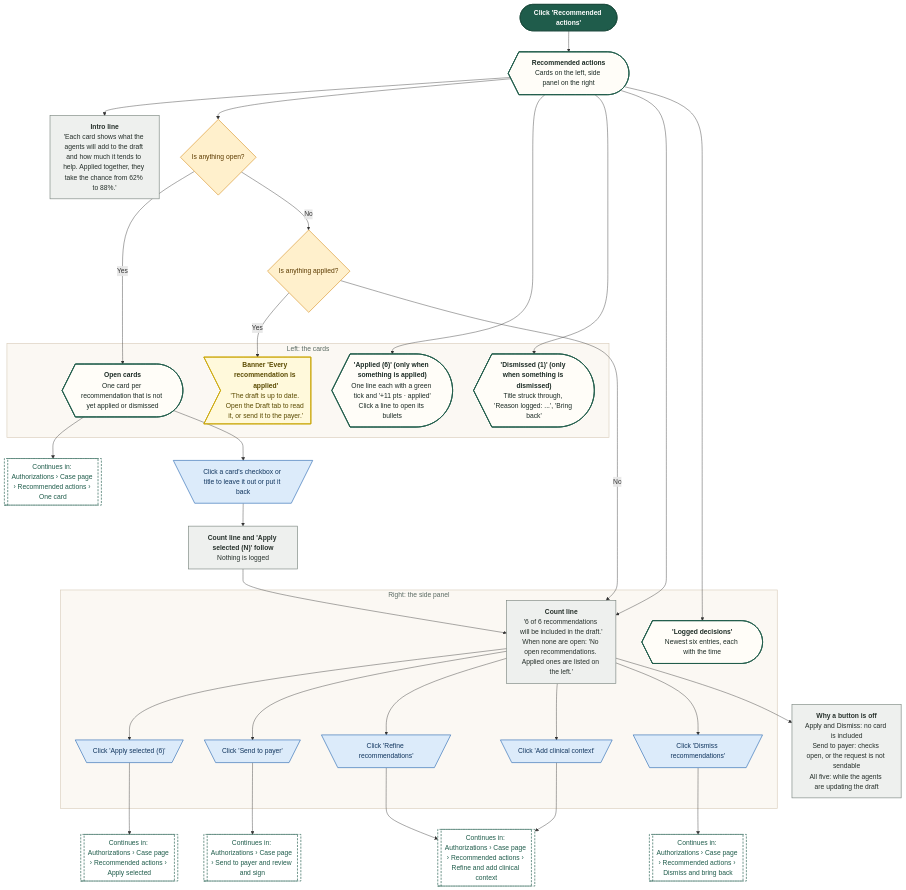
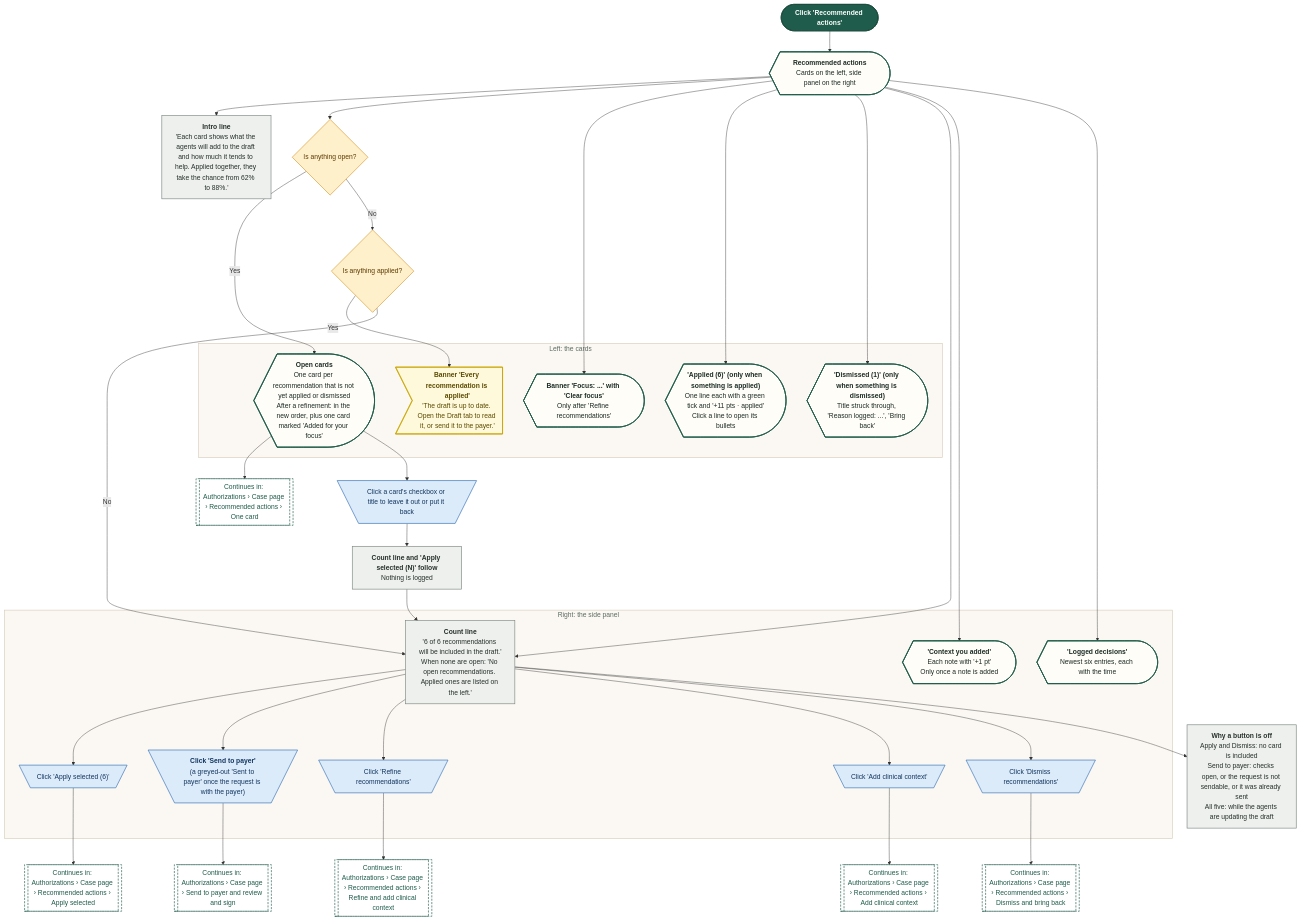
Before and after one commit to Shrav143/psyfloapp: diagram 11 of 26 in demos/prior-auth-demo/workflows/out/md/03-authorizations.md, drawn with Mermaid. The commit also changed other lines of this file and 195 other files, not shown here.

First line of the commit message:
docs: Rebuild workflow diagrams after the demo fixes (220 diagrams)

````diff
--- a/demos/prior-auth-demo/workflows/out/md/03-authorizations.md
+++ b/demos/prior-auth-demo/workflows/out/md/03-authorizations.md
@@ -828,74 +862,79 @@
 ```mermaid
 %%{init: {"theme":"base","themeVariables":{"fontFamily":"'DM Sans', 'Segoe UI', system-ui, sans-serif","fontSize":"15px","lineColor":"#5B6B63","primaryTextColor":"#1C2B25","clusterBkg":"#FBF8F3","clusterBorder":"#D9CDBB","edgeLabelBackground":"#FFFFFF"},"flowchart":{"curve":"basis","nodeSpacing":36,"rankSpacing":48,"padding":12,"htmlLabels":true,"useMaxWidth":false,"wrappingWidth":230}} }%%
 flowchart TD
   classDef k_start fill:#1F5C4B,stroke:#174638,color:#FFFFFF,stroke-width:1.5px,font-weight:600
   classDef k_end fill:#DDEFE3,stroke:#2E7D4F,color:#14502F,stroke-width:1.5px,font-weight:600
   classDef k_endx fill:#FBE3E0,stroke:#C0392B,color:#7A1F16,stroke-width:1.5px,font-weight:600
   classDef k_screen fill:#FFFDF8,stroke:#1F5C4B,color:#1C2B25,stroke-width:2px
   classDef k_overlay fill:#F1F7F3,stroke:#1F5C4B,color:#1C2B25,stroke-width:2px,stroke-dasharray:5 3
   classDef k_click fill:#DCEBFA,stroke:#2F6DB5,color:#12365F,stroke-width:1.5px
   classDef k_input fill:#E4E7FF,stroke:#4C5FD5,color:#1D2670,stroke-width:1.5px
   classDef k_process fill:#EEF0EE,stroke:#7A857F,color:#26302B,stroke-width:1.5px
   classDef k_agent fill:#EEE5FA,stroke:#7A4FC2,color:#341A63,stroke-width:1.5px
   classDef k_decision fill:#FFF0CC,stroke:#D9962B,color:#5C3B00,stroke-width:1.5px
   classDef k_store fill:#D5F0EA,stroke:#1C8E7B,color:#0B4A3F,stroke-width:1.5px
   classDef k_doc fill:#F6E9DC,stroke:#B07A4C,color:#4A2E14,stroke-width:1.5px
   classDef k_ext fill:#FFE6D2,stroke:#E07B39,color:#6B2F06,stroke-width:1.5px
   classDef k_wait fill:#E4E8EE,stroke:#6B7C93,color:#26303D,stroke-width:1.5px
   classDef k_toast fill:#FFF9DB,stroke:#C9A400,color:#5A4A00,stroke-width:1.5px
   classDef k_goto fill:#FFFFFF,stroke:#1F5C4B,color:#1F5C4B,stroke-width:1.5px,stroke-dasharray:5 3
   s1@{ shape: stadium, label: "Click 'Recommended actions'" }
   at@{ shape: curv-trap, label: "<b>Recommended actions</b><br/>Cards on the left, side panel on the right" }
   in@{ shape: rect, label: "<b>Intro line</b><br/>'Each card shows what the agents will add to the draft and how much it tends to help. Applied together, they take the chance from 62% to 88%.'" }
   subgraph gL ["Left: the cards"]
-  oc@{ shape: curv-trap, label: "<b>Open cards</b><br/>One card per recommendation that is not yet applied or dismissed" }
+  fb@{ shape: curv-trap, label: "<b>Banner 'Focus: ...' with 'Clear focus'</b><br/>Only after 'Refine recommendations'" }
+  oc@{ shape: curv-trap, label: "<b>Open cards</b><br/>One card per recommendation that is not yet applied or dismissed<br/>After a refinement: in the new order, plus one card marked 'Added for your focus'" }
   ap@{ shape: curv-trap, label: "<b>'Applied (6)' (only when something is applied)</b><br/>One line each with a green tick and '+11 pts · applied'<br/>Click a line to open its bullets" }
   dm@{ shape: curv-trap, label: "<b>'Dismissed (1)' (only when something is dismissed)</b><br/>Title struck through, 'Reason logged: ...', 'Bring back'" }
   ban@{ shape: odd, label: "<b>Banner 'Every recommendation is applied'</b><br/>'The draft is up to date. Open the Draft tab to read it, or send it to the payer.'" }
   end
   subgraph gR ["Right: the side panel"]
   cnt@{ shape: rect, label: "<b>Count line</b><br/>'6 of 6 recommendations will be included in the draft.'<br/>When none are open: 'No open recommendations. Applied ones are listed on the left.'" }
   b1@{ shape: trap-t, label: "Click 'Apply selected (6)'" }
-  b2@{ shape: trap-t, label: "Click 'Send to payer'" }
+  b2@{ shape: trap-t, label: "<b>Click 'Send to payer'</b><br/>(a greyed-out 'Sent to payer' once the request is with the payer)" }
   b3@{ shape: trap-t, label: "Click 'Refine recommendations'" }
   b4@{ shape: trap-t, label: "Click 'Add clinical context'" }
   b5@{ shape: trap-t, label: "Click 'Dismiss recommendations'" }
+  cx@{ shape: curv-trap, label: "<b>'Context you added'</b><br/>Each note with '+1 pt'<br/>Only once a note is added" }
   lg@{ shape: curv-trap, label: "<b>'Logged decisions'</b><br/>Newest six entries, each with the time" }
   end
-  off@{ shape: rect, label: "<b>Why a button is off</b><br/>Apply and Dismiss: no card is included<br/>Send to payer: checks open, or the request is not sendable<br/>All five: while the agents are updating the draft" }
+  off@{ shape: rect, label: "<b>Why a button is off</b><br/>Apply and Dismiss: no card is included<br/>Send to payer: checks open, or the request is not sendable, or it was already sent<br/>All five: while the agents are updating the draft" }
   tk@{ shape: trap-t, label: "Click a card's checkbox or title to leave it out or put it back" }
   up@{ shape: rect, label: "<b>Count line and 'Apply selected (N)' follow</b><br/>Nothing is logged" }
   dAll@{ shape: diam, label: "Is anything open?" }
   dApp@{ shape: diam, label: "Is anything applied?" }
   g1@{ shape: subproc, label: "Continues in: Authorizations › Case page › Recommended actions › One card" }
   g2@{ shape: subproc, label: "Continues in: Authorizations › Case page › Recommended actions › Apply selected" }
   g3@{ shape: subproc, label: "Continues in: Authorizations › Case page › Send to payer and review and sign" }
   g4@{ shape: subproc, label: "Continues in: Authorizations › Case page › Recommended actions › Refine and add clinical context" }
+  g6@{ shape: subproc, label: "Continues in: Authorizations › Case page › Recommended actions › Add clinical context" }
   g5@{ shape: subproc, label: "Continues in: Authorizations › Case page › Recommended actions › Dismiss and bring back" }
   s1 --> at --> in
   at --> dAll
+  at --> fb
   dAll -->|"Yes"| oc --> g1
   dAll -->|"No"| dApp
   dApp -->|"Yes"| ban
   dApp -->|"No"| cnt
   at --> ap
   at --> dm
   at --> cnt
   oc --> tk --> up --> cnt
   cnt --> b1 --> g2
   cnt --> b2 --> g3
   cnt --> b3 --> g4
-  cnt --> b4 --> g4
+  cnt --> b4 --> g6
   cnt --> b5 --> g5
   cnt --> off
+  at --> cx
   at --> lg
   class s1 k_start
-  class at,oc,ap,dm,lg k_screen
+  class at,fb,oc,ap,dm,cx,lg k_screen
   class in,cnt,off,up k_process
   class ban k_toast
   class b1,b2,b3,b4,b5,tk k_click
   class dAll,dApp k_decision
-  class g1,g2,g3,g4,g5 k_goto
+  class g1,g2,g3,g4,g6,g5 k_goto
   style gL fill:#FBF8F3,stroke:#D9CDBB,stroke-width:1.5px,color:#5B6B63
   style gR fill:#FBF8F3,stroke:#D9CDBB,stroke-width:1.5px,color:#5B6B63
 ```
````
